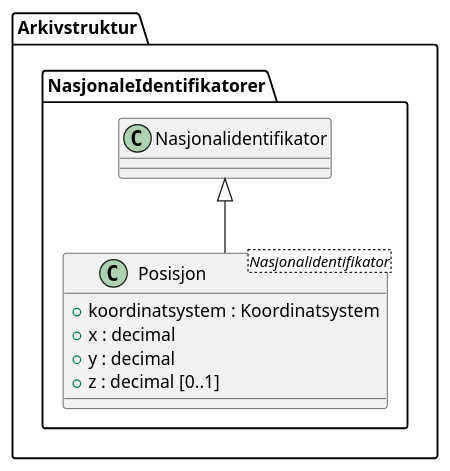
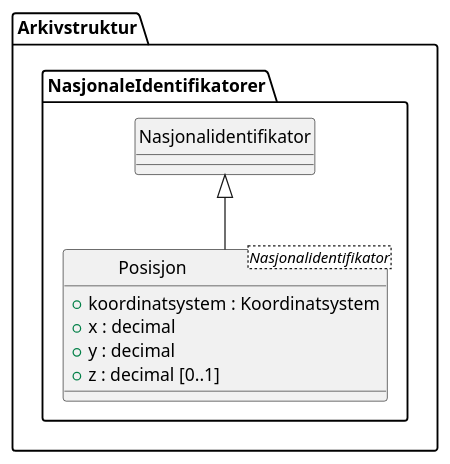
Before and after one commit to arkivverket/noark5-tjenestegrensesnitt-standard: the diagram in kapitler/media/uml-class-posisjon.puml, drawn with PlantUML. The commit also changed 40 other files, not shown here.

Commit message:
Oppdater UML-diagram med arv og stereotyper.

```diff
--- a/kapitler/media/uml-class-posisjon.puml
+++ b/kapitler/media/uml-class-posisjon.puml
@@ -1,10 +1,13 @@
 @startuml
 skinparam nodesep 100
+hide circle
 class Arkivstruktur.NasjonaleIdentifikatorer.Posisjon <Nasjonalidentifikator> {
   +koordinatsystem : Koordinatsystem
   +x : decimal
   +y : decimal
   +z : decimal [0..1]
 }
+class Arkivstruktur.NasjonaleIdentifikatorer.Nasjonalidentifikator {
+}
 Arkivstruktur.NasjonaleIdentifikatorer.Nasjonalidentifikator <|-- Arkivstruktur.NasjonaleIdentifikatorer.Posisjon
 @enduml
```
